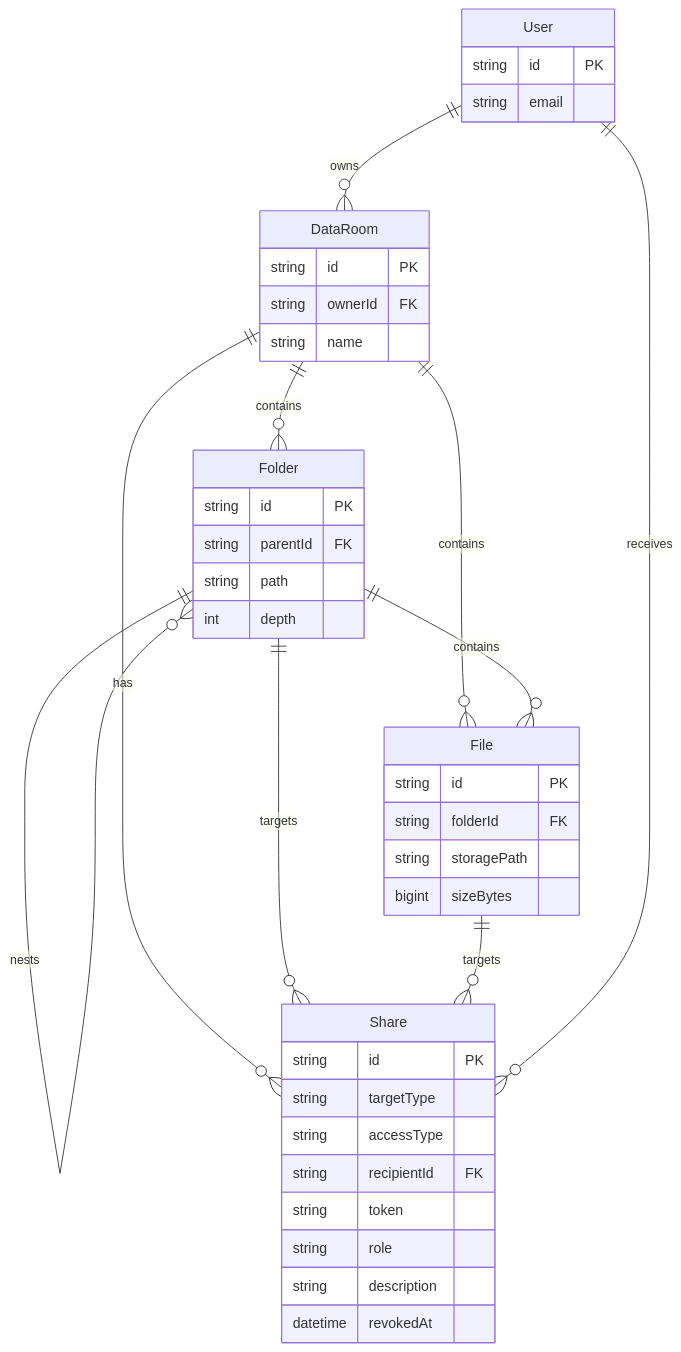
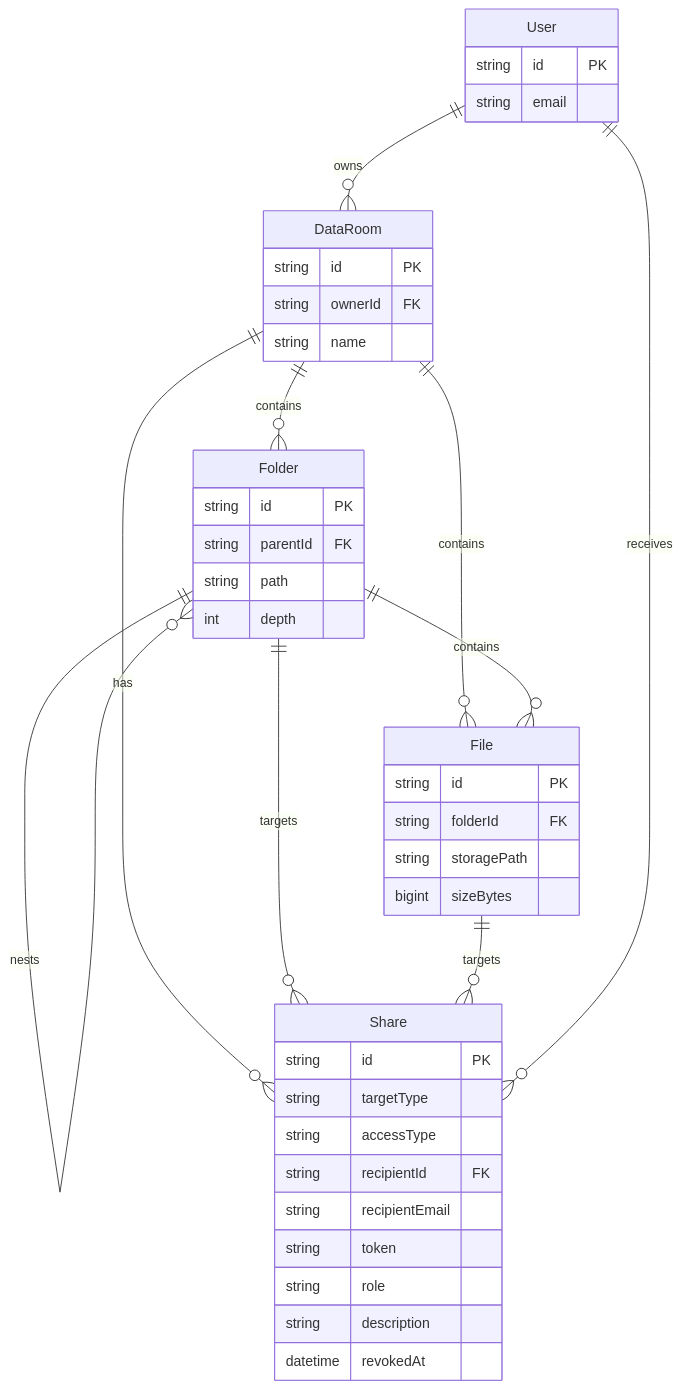
Before and after one commit to theIvanChornyi/acme-data-room: the diagram in README.md, drawn with Mermaid. The commit also changed other lines of this file and 7 other files, not shown here.

````diff
--- a/README.md
+++ b/README.md
@@ -79,18 +79,18 @@
 ```mermaid
 erDiagram
   User ||--o{ DataRoom : owns
   DataRoom ||--o{ Folder : contains
   DataRoom ||--o{ File : contains
   Folder ||--o{ Folder : nests
   Folder ||--o{ File : contains
   DataRoom ||--o{ Share : has
   Folder ||--o{ Share : targets
   File ||--o{ Share : targets
   User ||--o{ Share : receives
 
   User { string id PK string email }
   DataRoom { string id PK string ownerId FK string name }
   Folder { string id PK string parentId FK string path int depth }
   File { string id PK string folderId FK string storagePath bigint sizeBytes }
-  Share { string id PK string targetType string accessType string recipientId FK string token string role string description datetime revokedAt }
+  Share { string id PK string targetType string accessType string recipientId FK string recipientEmail string token string role string description datetime revokedAt }
 ```
````
